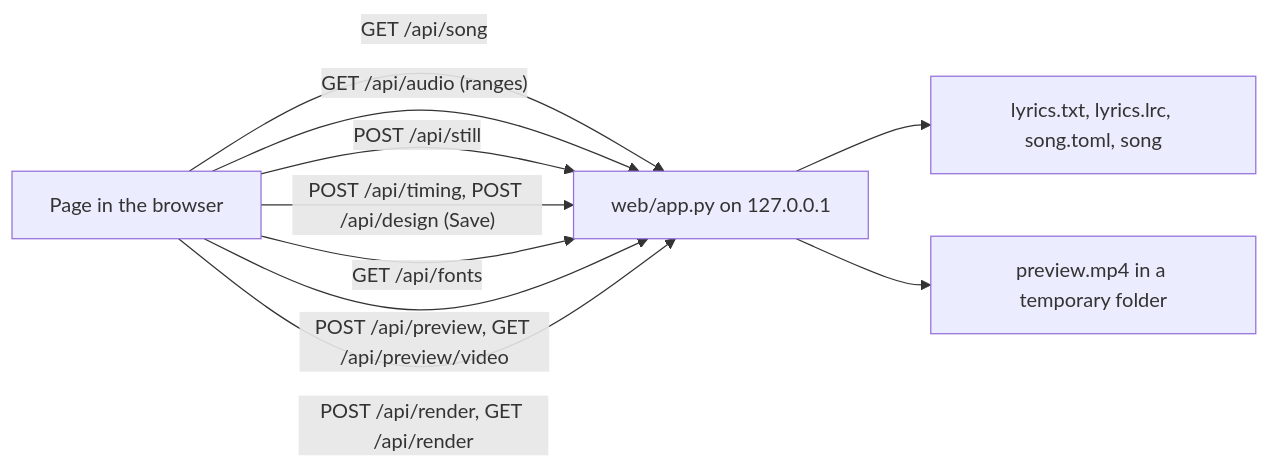
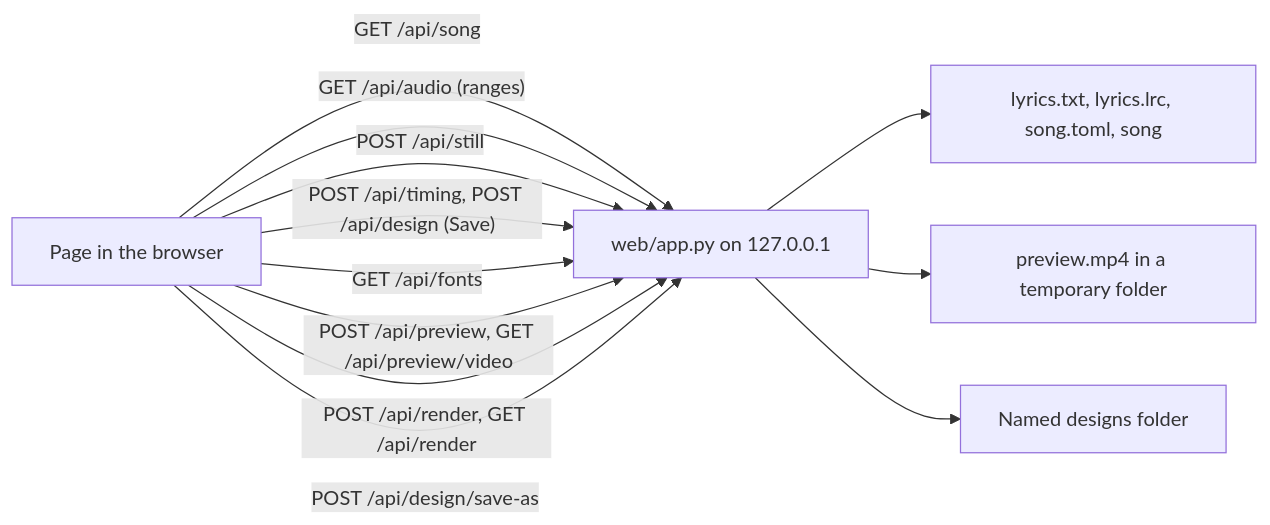
The third of 3 diagrams in docs/en/ARCHITECTURE.md (musica-sanare/lyrics-video-app), drawn with Mermaid before and after one commit. The commit also changed other lines of this file and 18 other files, not shown here.

First line of the commit message:
feat: save designs for other songs

````diff
--- a/docs/en/ARCHITECTURE.md
+++ b/docs/en/ARCHITECTURE.md
@@ -110,15 +110,17 @@
 ```mermaid
 flowchart LR
   page["Page in the browser"]
   server["web/app.py on 127.0.0.1"]
   files["lyrics.txt, lyrics.lrc, song.toml, song"]
   page -->|"GET /api/song"| server
   page -->|"GET /api/audio (ranges)"| server
   page -->|"POST /api/still"| server
   page -->|"POST /api/timing, POST /api/design (Save)"| server
   page -->|"GET /api/fonts"| server
   page -->|"POST /api/preview, GET /api/preview/video"| server
   page -->|"POST /api/render, GET /api/render"| server
   server --> files
   server --> temp["preview.mp4 in a temporary folder"]
+  page -->|"POST /api/design/save-as"| server
+  server --> designs["Named designs folder"]
 ```
````
